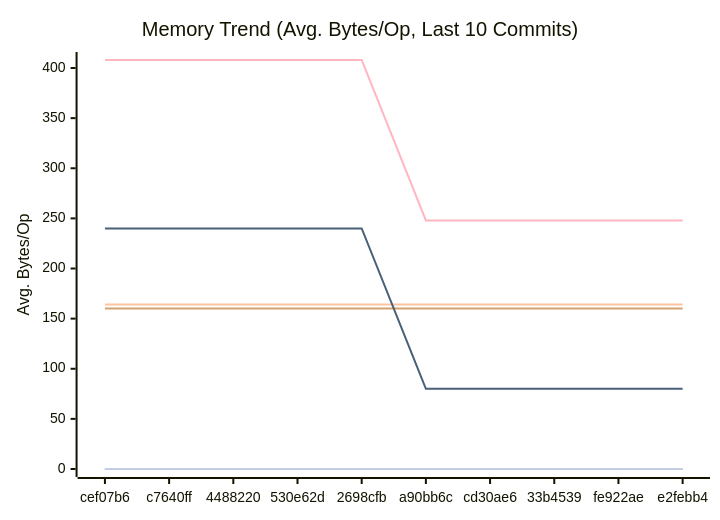
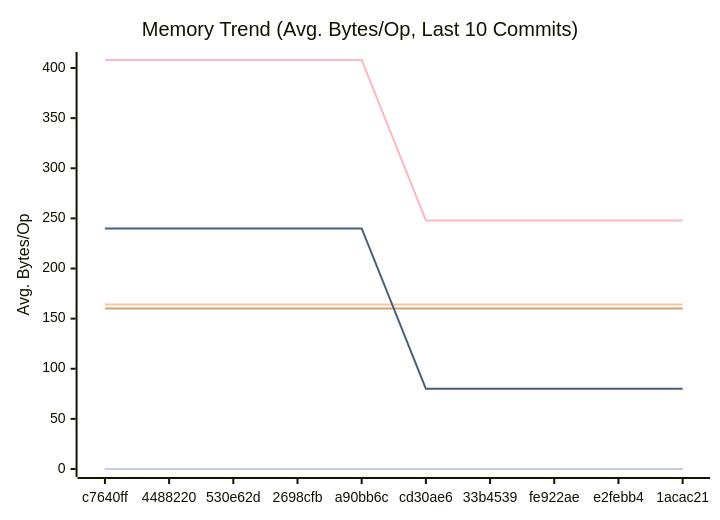
One commit to alsotoes/momo changed the second of 3 diagrams in docs/PERFORMANCE.md. Above: the diagram before and after it, drawn with Mermaid. The commit also changed other lines of this file and 5 other files, not shown here.

````diff
--- a/docs/PERFORMANCE.md
+++ b/docs/PERFORMANCE.md
@@ -97,16 +97,16 @@
 ```mermaid
 xychart-beta
     title "Memory Trend (Avg. Bytes/Op, Last 10 Commits)"
     x-axis "Commit"
     y-axis "Avg. Bytes/Op"
-    x-axis [cef07b6,c7640ff,4488220,530e62d,2698cfb,a90bb6c,cd30ae6,33b4539,fe922ae,e2febb4]
+    x-axis [c7640ff,4488220,530e62d,2698cfb,a90bb6c,cd30ae6,33b4539,fe922ae,e2febb4,1acac21]
     line "CheckMetricsAndSwap" [0,0,0,0,0,0,0,0,0,0]
     line "CrushOptimized" [0,0,0,0,0,0,0,0,0,0]
     line "CrushOriginal" [164,164,164,164,164,164,164,164,164,164]
     line "IndexDirectTracking" [0,0,0,0,0,0,0,0,0,0]
     line "IndexSearch" [0,0,0,0,0,0,0,0,0,0]
     line "LoadGlobalConfig" [160,160,160,160,160,160,160,160,160,160]
     line "PadString" [0,0,0,0,0,0,0,0,0,0]
     line "ParseReplicationOrder_NoPrealloc" [408,408,408,408,408,248,248,248,248,248]
     line "ParseReplicationOrder_Prealloc" [240,240,240,240,240,80,80,80,80,80]
 ```
````
